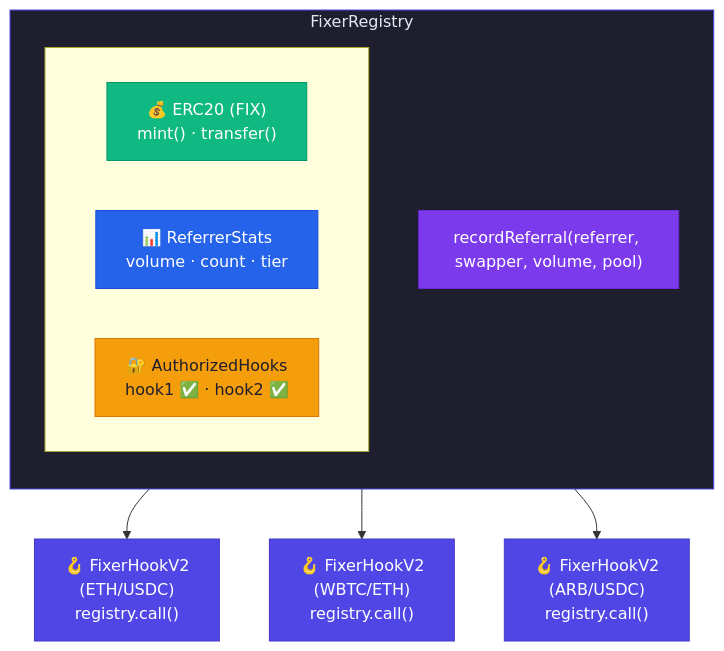
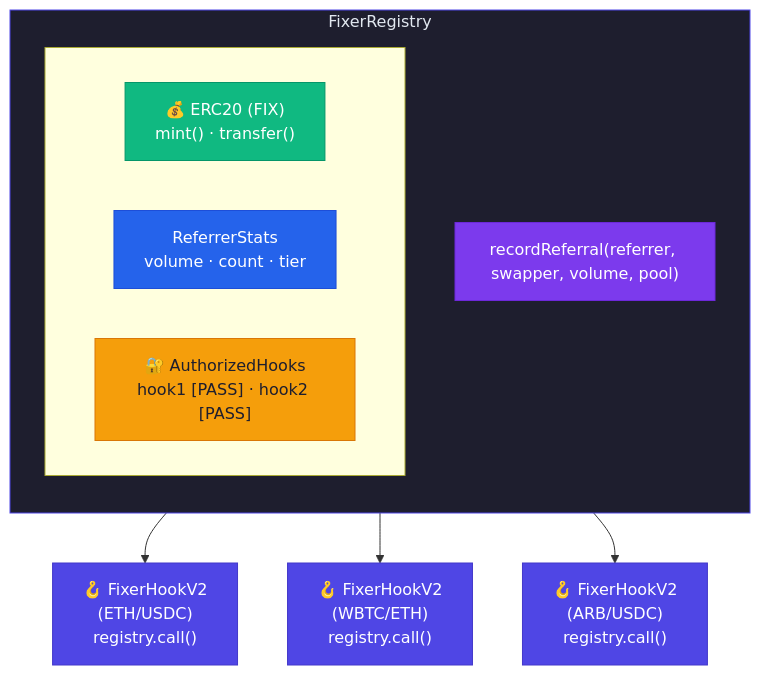
The second of 2 diagrams in docs/IMPLEMENTATION_PLAN.md (guglxni/the-fixer-hook), drawn with Mermaid before and after one commit. The commit also changed other lines of this file and 15 other files, not shown here.

````diff
--- a/docs/IMPLEMENTATION_PLAN.md
+++ b/docs/IMPLEMENTATION_PLAN.md
@@ -548,26 +548,26 @@
 ```mermaid
 flowchart TD
     subgraph reg["FixerRegistry"]
         direction TB
         subgraph components[" "]
             direction LR
             ERC["💰 ERC20 (FIX)\nmint() · transfer()"]
-            Stats["📊 ReferrerStats\nvolume · count · tier"]
-            Auth["🔐 AuthorizedHooks\nhook1 ✅ · hook2 ✅"]
+            Stats["ReferrerStats\nvolume · count · tier"]
+            Auth["🔐 AuthorizedHooks\nhook1 [PASS] · hook2 [PASS]"]
         end
         Record["recordReferral(referrer, swapper, volume, pool)"]
     end
 
     reg --> HA["🪝 FixerHookV2\n(ETH/USDC)\nregistry.call()"]
     reg --> HB["🪝 FixerHookV2\n(WBTC/ETH)\nregistry.call()"]
     reg --> HC["🪝 FixerHookV2\n(ARB/USDC)\nregistry.call()"]
 
     style reg fill:#1E1E2E,color:#E2E8F0,stroke:#4F46E5
     style ERC fill:#10B981,color:#FFFFFF,stroke:#059669
     style Stats fill:#2563EB,color:#FFFFFF,stroke:#1D4ED8
     style Auth fill:#F59E0B,color:#1E1E2E,stroke:#D97706
     style Record fill:#7C3AED,color:#FFFFFF,stroke:#6D28D9
     style HA fill:#4F46E5,color:#FFFFFF,stroke:#4338CA
     style HB fill:#4F46E5,color:#FFFFFF,stroke:#4338CA
     style HC fill:#4F46E5,color:#FFFFFF,stroke:#4338CA
 ```
````
